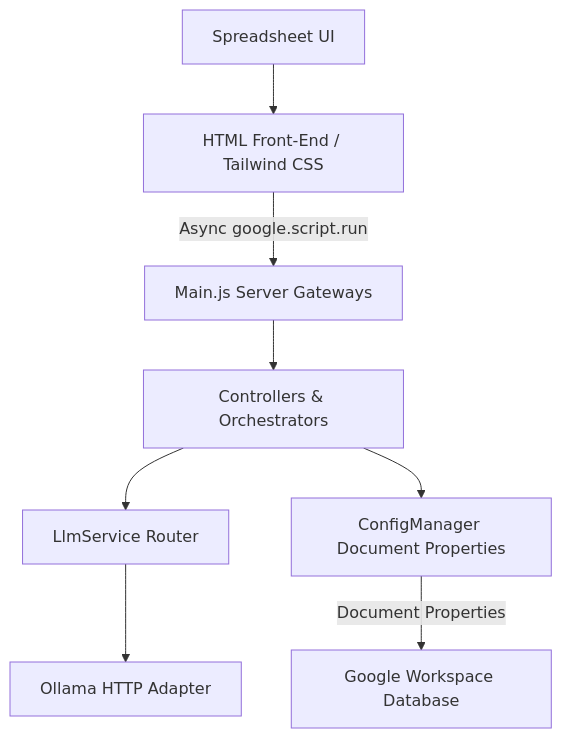
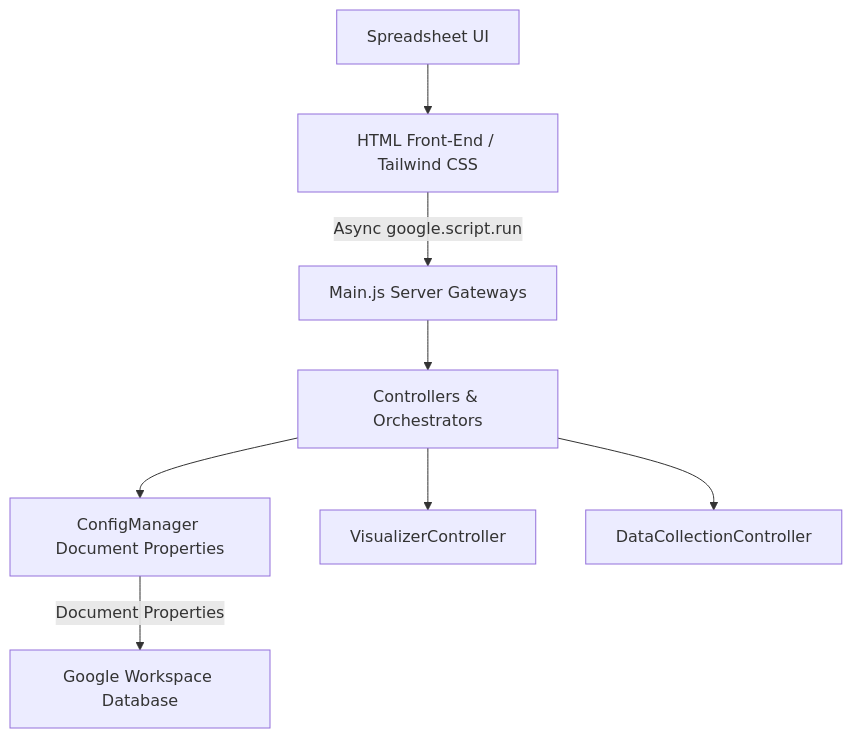
One commit to iwas108/SLR-Magic changed the diagram in app-script/architecture.md. Above: the diagram before and after it, drawn with Mermaid. The commit also changed other lines of this file and 23 other files, not shown here.

Commit message:
refactor: remove all LLM-based automation and configuration features from the SLR Magic workspace

````diff
--- a/app-script/architecture.md
+++ b/app-script/architecture.md
@@ -9,10 +9,10 @@
 ```mermaid
 graph TD
     A[Spreadsheet UI] --> B[HTML Front-End / Tailwind CSS]
     B -->|Async google.script.run| C[Main.js Server Gateways]
     C --> D[Controllers & Orchestrators]
-    D --> E[LlmService Router]
-    D --> F[ConfigManager Document Properties]
-    E --> G[Ollama HTTP Adapter]
-    F -->|Document Properties| H[Google Workspace Database]
+    D --> E[ConfigManager Document Properties]
+    D --> F[VisualizerController]
+    D --> G[DataCollectionController]
+    E -->|Document Properties| H[Google Workspace Database]
 ```
````
